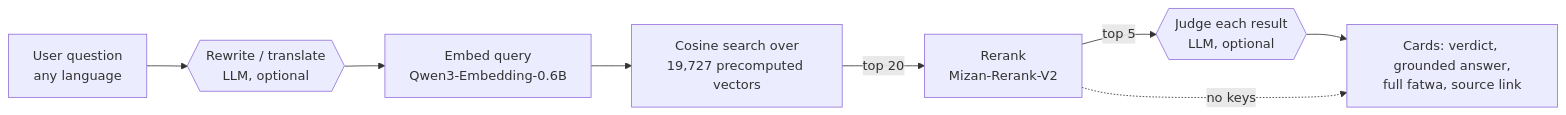
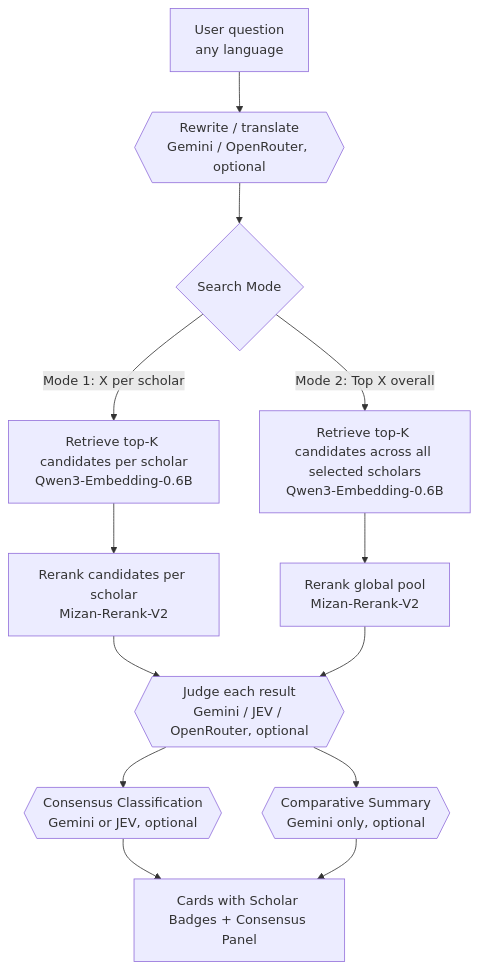
One commit to AbderrahimZineddineEsi/BinBaz-RAG changed the diagram in docs/architecture.md. Above: the diagram before and after it, drawn with Mermaid. The commit also changed other lines of this file and 5 other files, not shown here.

Commit message:
feat: multi-scholar RAG expansion, dual search modes, and AI consensus/summary

````diff
--- a/docs/architecture.md
+++ b/docs/architecture.md
@@ -9,10 +9,15 @@
 ```mermaid
-flowchart LR
-    Q[User question<br/>any language] --> RW{{Rewrite / translate<br/>LLM, optional}}
-    RW --> E[Embed query<br/>Qwen3-Embedding-0.6B]
-    E --> S[Cosine search over<br/>19,727 precomputed vectors]
-    S -->|top 20| R[Rerank<br/>Mizan-Rerank-V2]
-    R -->|top 5| J{{Judge each result<br/>LLM, optional}}
-    J --> O[Cards: verdict, grounded answer,<br/>full fatwa, source link]
-    R -.->|no keys| O
+flowchart TD
+    Q[User question<br/>any language] --> RW{{Rewrite / translate<br/>Gemini / OpenRouter, optional}}
+    RW --> M{Search Mode}
+    M -->|Mode 1: X per scholar| S1[Retrieve top-K candidates per scholar<br/>Qwen3-Embedding-0.6B]
+    M -->|Mode 2: Top X overall| S2[Retrieve top-K candidates across all selected scholars<br/>Qwen3-Embedding-0.6B]
+    S1 --> R1[Rerank candidates per scholar<br/>Mizan-Rerank-V2]
+    S2 --> R2[Rerank global pool<br/>Mizan-Rerank-V2]
+    R1 --> J{{Judge each result<br/>Gemini / JEV / OpenRouter, optional}}
+    R2 --> J
+    J --> CS{{Consensus Classification<br/>Gemini or JEV, optional}}
+    J --> SM{{Comparative Summary<br/>Gemini only, optional}}
+    CS --> O[Cards with Scholar Badges + Consensus Panel]
+    SM --> O
 ```
````
